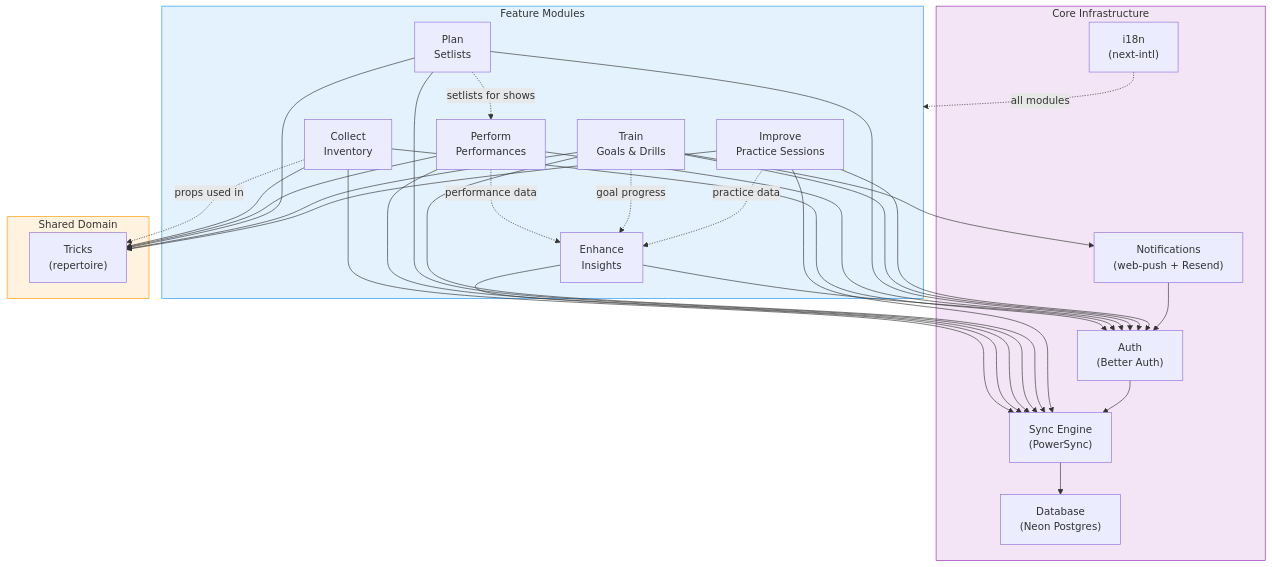
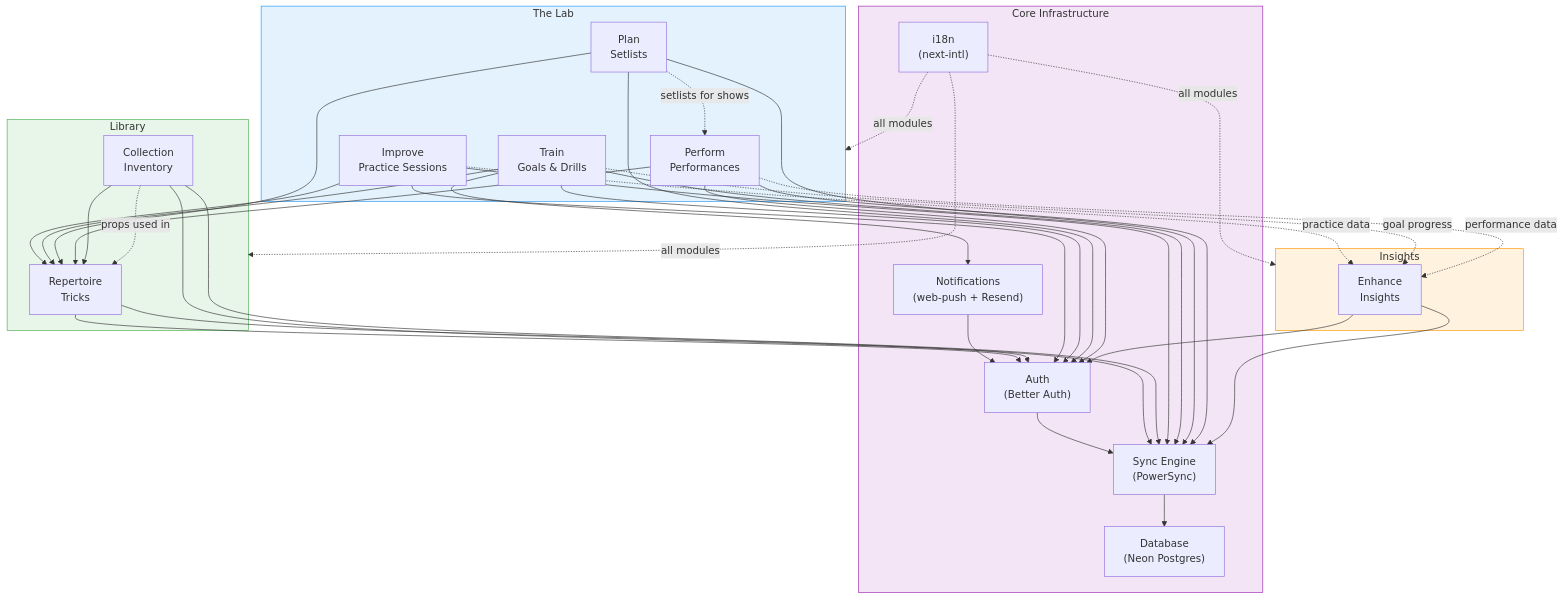
Before and after one commit to julienroussel/tml: the diagram in docs/diagrams/module-deps.md, drawn with Mermaid. The commit also changed other lines of this file and 24 other files, not shown here.

First line of the commit message:
feat: refactor module registry into 4 groups with Repertoire enabled (#196)

````diff
--- a/docs/diagrams/module-deps.md
+++ b/docs/diagrams/module-deps.md
@@ -5,64 +5,72 @@
 ```mermaid
 graph TB
     subgraph Core["Core Infrastructure"]
         Auth["Auth<br/>(Better Auth)"]
         Sync["Sync Engine<br/>(PowerSync)"]
         DB["Database<br/>(Neon Postgres)"]
         Notify["Notifications<br/>(web-push + Resend)"]
         I18n["i18n<br/>(next-intl)"]
     end
 
-    subgraph Modules["Feature Modules"]
+    subgraph Library["Library"]
+        Repertoire["Repertoire<br/>Tricks"]
+        Collect["Collection<br/>Inventory"]
+    end
+
+    subgraph Lab["The Lab"]
         Improve["Improve<br/>Practice Sessions"]
         Train["Train<br/>Goals & Drills"]
         Plan["Plan<br/>Setlists"]
         Perform["Perform<br/>Performances"]
-        Enhance["Enhance<br/>Insights"]
-        Collect["Collect<br/>Inventory"]
     end
 
-    subgraph Shared["Shared Domain"]
-        Tricks["Tricks<br/>(repertoire)"]
+    subgraph Insights["Insights"]
+        Enhance["Enhance<br/>Insights"]
     end
 
     %% Core dependencies
     Auth --> Sync
     Sync --> DB
     Notify --> Auth
 
     %% Module to core
+    Repertoire --> Sync
+    Repertoire --> Auth
+    Collect --> Sync
+    Collect --> Auth
     Improve --> Sync
     Improve --> Auth
     Train --> Sync
     Train --> Auth
     Train --> Notify
     Plan --> Sync
     Plan --> Auth
     Perform --> Sync
     Perform --> Auth
     Enhance --> Sync
     Enhance --> Auth
-    Collect --> Sync
-    Collect --> Auth
 
-    %% Module to shared domain
-    Improve --> Tricks
-    Train --> Tricks
-    Plan --> Tricks
-    Perform --> Tricks
-    Collect --> Tricks
+    %% Module to shared domain (Repertoire)
+    Improve --> Repertoire
+    Train --> Repertoire
+    Plan --> Repertoire
+    Perform --> Repertoire
+    Collect --> Repertoire
 
     %% Cross-module dependencies
     Improve -.->|"practice data"| Enhance
     Train -.->|"goal progress"| Enhance
     Perform -.->|"performance data"| Enhance
     Plan -.->|"setlists for shows"| Perform
-    Collect -.->|"props used in"| Tricks
+    Collect -.->|"props used in"| Repertoire
 
     %% i18n is used by everything
-    I18n -.->|"all modules"| Modules
+    I18n -.->|"all modules"| Library
+    I18n -.->|"all modules"| Lab
+    I18n -.->|"all modules"| Insights
 
     style Core fill:#f3e5f5,stroke:#9c27b0
-    style Modules fill:#e3f2fd,stroke:#2196f3
-    style Shared fill:#fff3e0,stroke:#ff9800
+    style Library fill:#e8f5e9,stroke:#4caf50
+    style Lab fill:#e3f2fd,stroke:#2196f3
+    style Insights fill:#fff3e0,stroke:#ff9800
 ```
````
